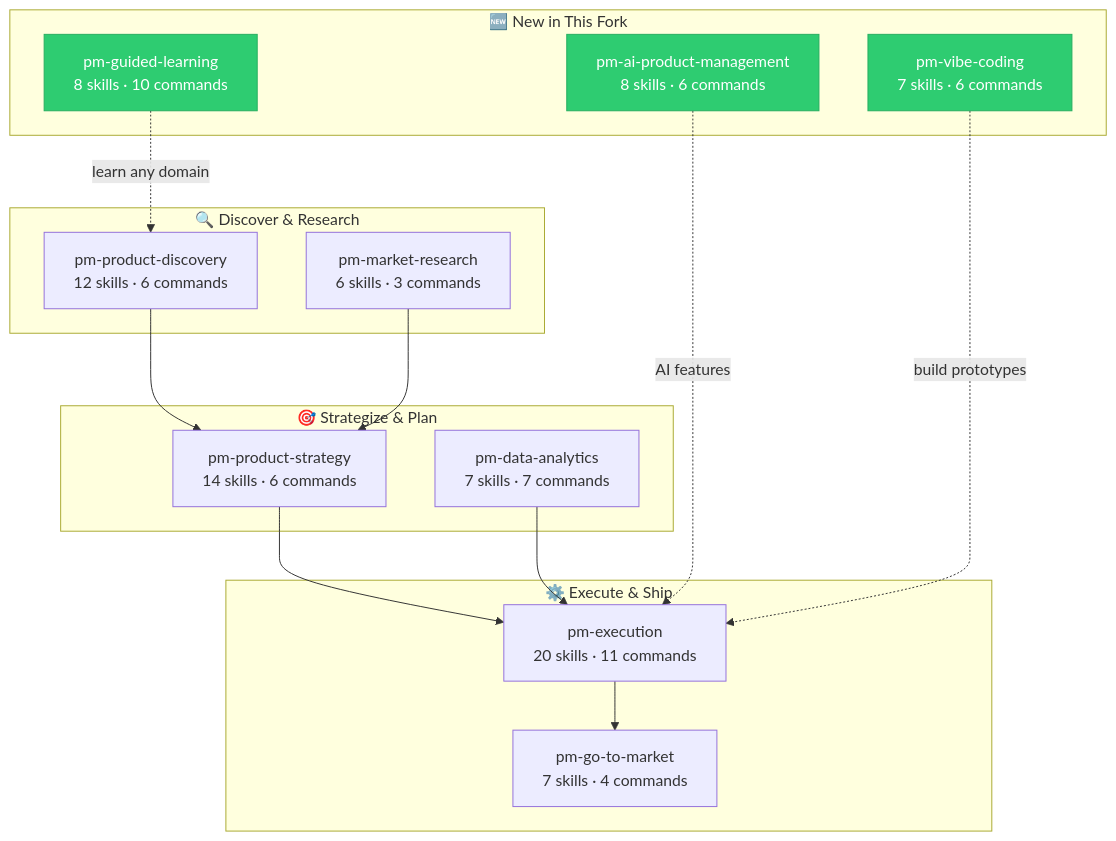
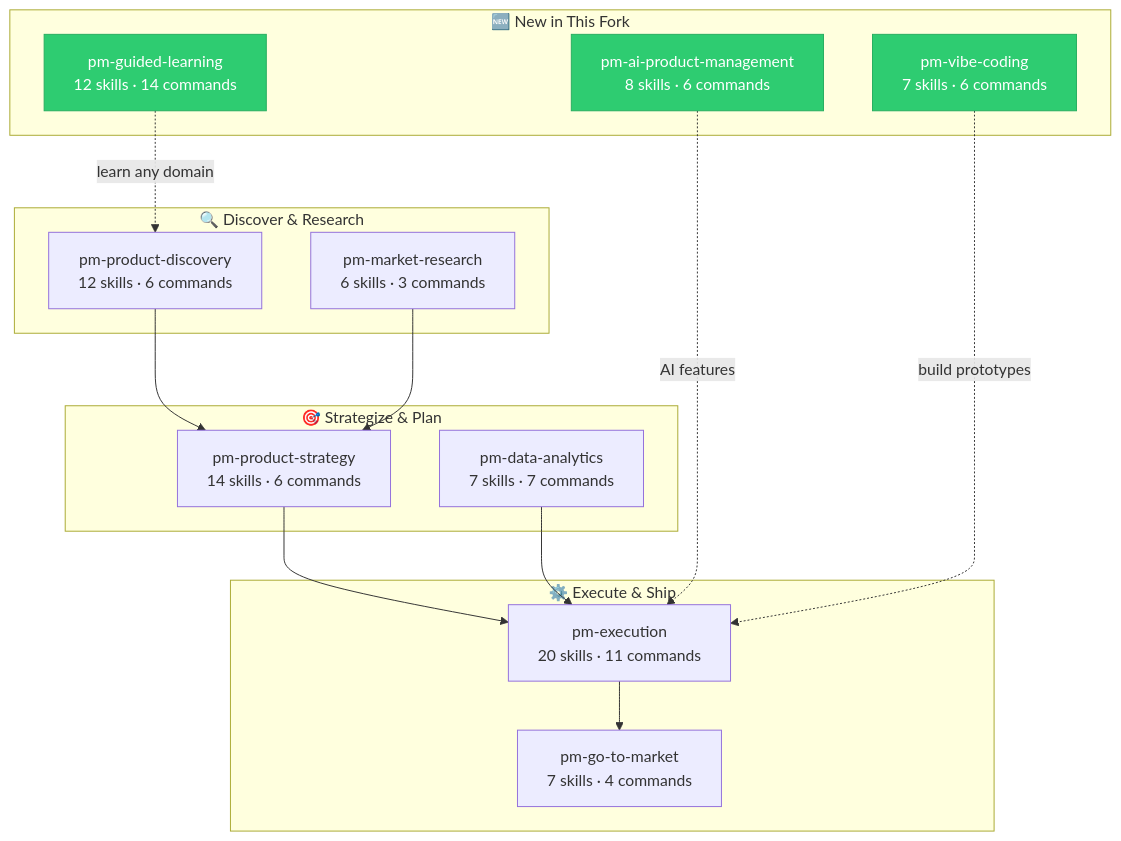
Before and after one commit to tarunccet/pm-skills: the second of 2 diagrams in README.md, drawn with Mermaid. The commit also changed other lines of this file and 13 other files, not shown here.

First line of the commit message:
Enhance pm-guided-learning into end-to-end PM Foundations Course with 4 new modules and course structure

````diff
--- a/README.md
+++ b/README.md
@@ -316,33 +316,33 @@
 ```mermaid
 graph TD
     subgraph "🔍 Discover & Research"
         A["pm-product-discovery<br/>12 skills · 6 commands"]
         B["pm-market-research<br/>6 skills · 3 commands"]
     end
     subgraph "🎯 Strategize & Plan"
         C["pm-product-strategy<br/>14 skills · 6 commands"]
         D["pm-data-analytics<br/>7 skills · 7 commands"]
     end
     subgraph "⚙️ Execute & Ship"
         E["pm-execution<br/>20 skills · 11 commands"]
         F["pm-go-to-market<br/>7 skills · 4 commands"]
     end
     subgraph "🆕 New in This Fork"
         G["pm-ai-product-management<br/>8 skills · 6 commands"]
         H["pm-vibe-coding<br/>7 skills · 6 commands"]
-        I["pm-guided-learning<br/>8 skills · 10 commands"]
+        I["pm-guided-learning<br/>12 skills · 14 commands"]
     end
 
     A --> C
     B --> C
     C --> E
     D --> E
     E --> F
     G -.->|"AI features"| E
     H -.->|"build prototypes"| E
     I -.->|"learn any domain"| A
 
     style G fill:#2ECC71,stroke:#27AE60,color:#fff
     style H fill:#2ECC71,stroke:#27AE60,color:#fff
     style I fill:#2ECC71,stroke:#27AE60,color:#fff
 ```
````
